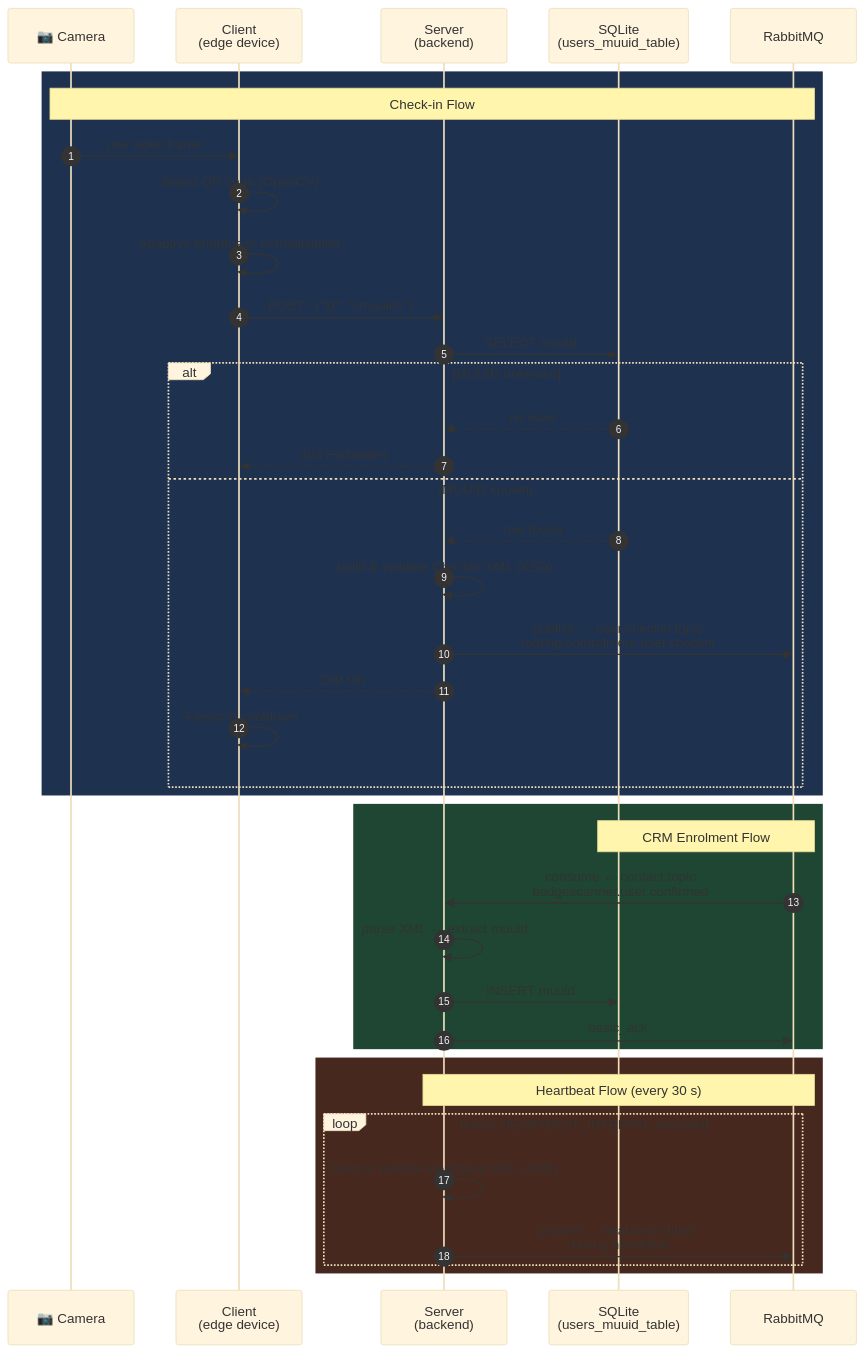
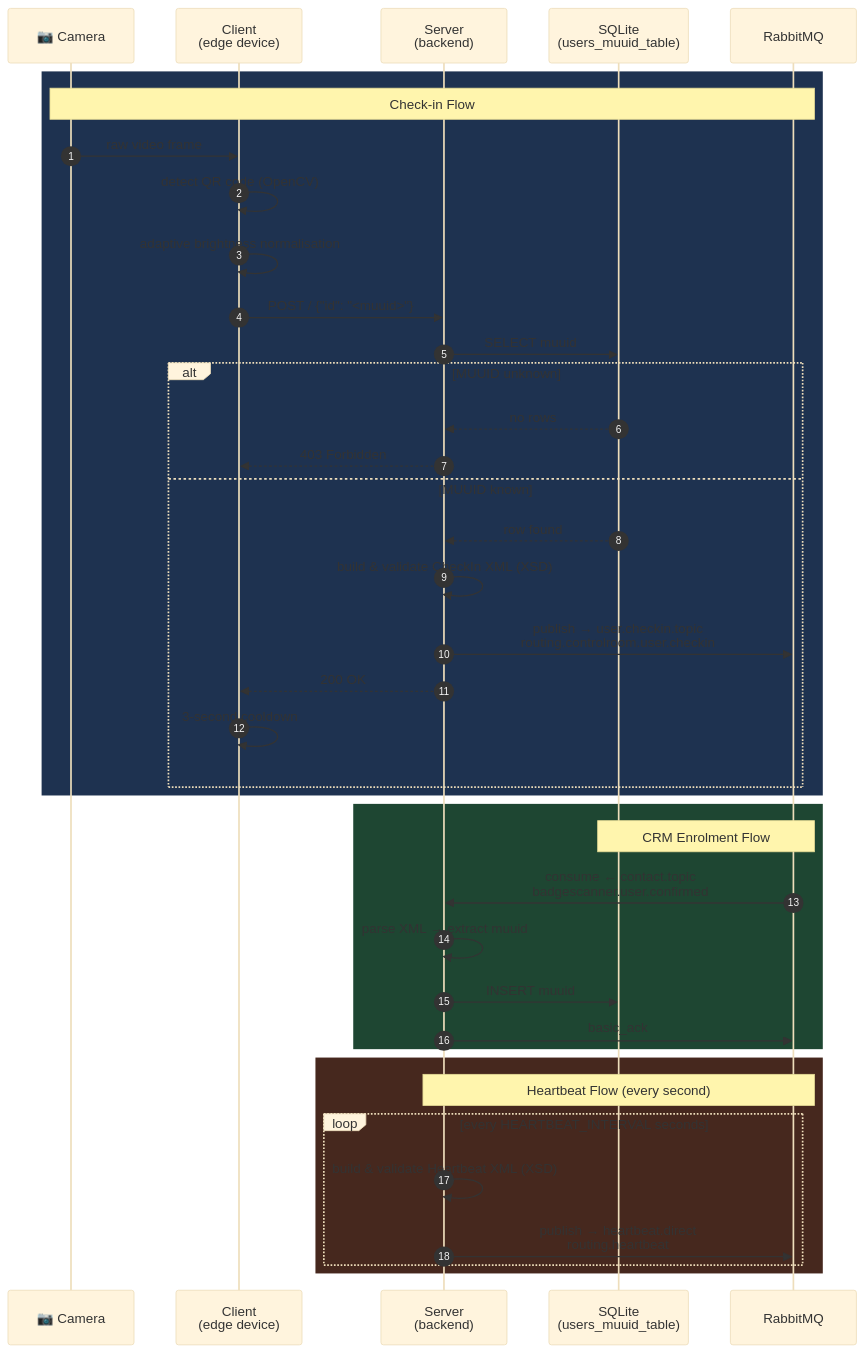
Before and after one commit to Integration-Project-2026-Groep-2/iot-badge-scanner: the diagram in README.md, drawn with Mermaid (base theme). The commit also changed other lines of this file and 1 other file, not shown here.

Commit message:
refactor(heartbeat): sending internaval

````diff
--- a/README.md
+++ b/README.md
@@ -26,47 +26,47 @@
 ```mermaid
 sequenceDiagram
     autonumber
     participant Cam as 📷 Camera
     participant Client as Client<br/>(edge device)
     participant Server as Server<br/>(backend)
     participant DB as SQLite<br/>(users_muuid_table)
     participant MQ as RabbitMQ
 
     %% ── Check-in flow ──────────────────────────────────────────
     rect rgb(30, 50, 80)
         note over Cam,MQ: Check-in Flow
         Cam->>Client: raw video frame
         Client->>Client: detect QR code (OpenCV)
         Client->>Client: adaptive brightness normalisation
         Client->>Server: POST / {"id": "<muuid>"}
         Server->>DB: SELECT muuid
         alt MUUID unknown
             DB-->>Server: no rows
             Server-->>Client: 403 Forbidden
         else MUUID known
             DB-->>Server: row found
             Server->>Server: build & validate CheckIn XML (XSD)
             Server->>MQ: publish → user.checkin.topic<br/>routing.controlroom.user.checkin
             Server-->>Client: 200 OK
             Client->>Client: 3-second cooldown
         end
     end
 
     %% ── CRM enrolment flow ─────────────────────────────────────
     rect rgb(30, 70, 50)
         note over MQ,DB: CRM Enrolment Flow
         MQ->>Server: consume ← contact.topic<br/>badgescanner.user.confirmed
         Server->>Server: parse XML → extract muuid
         Server->>DB: INSERT muuid
         Server->>MQ: basic_ack
     end
 
     %% ── Heartbeat flow ─────────────────────────────────────────
     rect rgb(70, 40, 30)
-        note over Server,MQ: Heartbeat Flow (every 30 s)
+        note over Server,MQ: Heartbeat Flow (every second)
         loop every HEARTBEAT_INTERVAL seconds
             Server->>Server: build & validate Heartbeat XML (XSD)
             Server->>MQ: publish → heartbeat.direct<br/>routing.heartbeat
         end
     end
 ```
````
